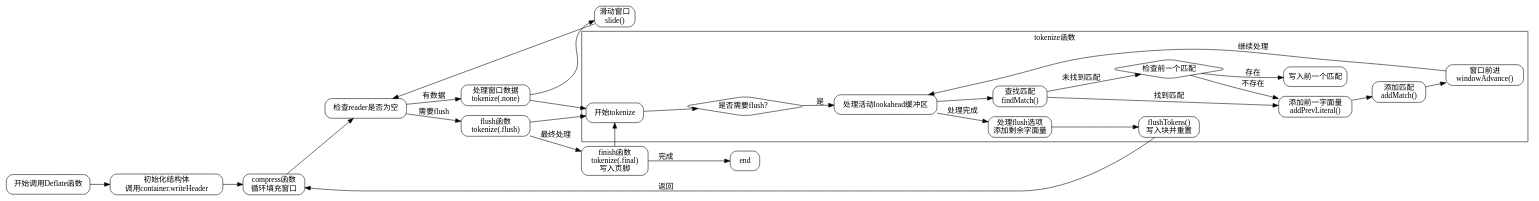
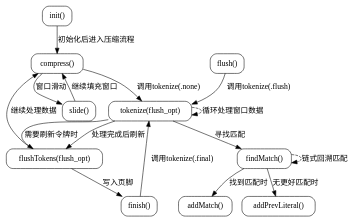
The diagram in dot_std/compress/flate/deflate.zig.Deflate.md (sdzx-1/deepseek-zig-reader), drawn with Graphviz before and after one commit. The commit also changed other lines of this file and 236 other files, not shown here.

````diff
--- a/dot_std/compress/flate/deflate.zig.Deflate.md
+++ b/dot_std/compress/flate/deflate.zig.Deflate.md
@@ -17,61 +22,37 @@
-```dot
+```graphviz
 digraph DeflateFlow {
-    rankdir=LR;
-    node [shape=rectangle, style=rounded];
+    rankdir="TB";
+    node [shape=rectangle, style="rounded"];
 
-    start [label="开始调用Deflate函数"];
-    init [label="初始化结构体\n调用container.writeHeader"];
-    compress [label="compress函数\n循环填充窗口"];
-    process_window [label="处理窗口数据\ntokenize(.none)"];
-    slide_window [label="滑动窗口\nslide()"];
-    check_reader [label="检查reader是否为空"];
-    flush [label="flush函数\ntokenize(.flush)"];
-    finish [label="finish函数\ntokenize(.final)\n写入页脚"];
+    // Main functions and processes
+    compress [label="compress()"];
+    tokenize [label="tokenize(flush_opt)"];
+    flushTokens [label="flushTokens(flush_opt)"];
+    findMatch [label="findMatch()"];
+    addMatch [label="addMatch()"];
+    addPrevLiteral [label="addPrevLiteral()"];
+    slide [label="slide()"];
+    flush [label="flush()"];
+    finish [label="finish()"];
+    init [label="init()"];
 
-    // Tokenize子流程
-    subgraph cluster_tokenize {
-        label="tokenize函数";
-        tokenize_start [label="开始tokenize"];
-        check_flush [label="是否需要flush？", shape=diamond];
-        process_lookahead [label="处理活动lookahead缓冲区"];
-        find_match [label="查找匹配\nfindMatch()"];
-        add_prev_literal [label="添加前一字面量\naddPrevLiteral()"];
-        add_match [label="添加匹配\naddMatch()"];
-        window_advance [label="窗口前进\nwindowAdvance()"];
-        handle_flush [label="处理flush选项\n添加剩余字面量"];
+    // Edges
+    init -> compress [label="初始化后进入压缩流程"];
+    compress -> tokenize [label="调用tokenize(.none)"];
+    tokenize -> findMatch [label="寻找匹配"];
+    findMatch -> addMatch [label="找到匹配时"];
+    findMatch -> addPrevLiteral [label="无更好匹配时"];
+    tokenize -> flushTokens [label="需要刷新令牌时"];
+    flushTokens -> compress [label="继续处理数据"];
+    compress -> slide [label="窗口滑动"];
+    slide -> compress [label="继续填充窗口"];
+    flush -> tokenize [label="调用tokenize(.flush)"];
+    finish -> tokenize [label="调用tokenize(.final)"];
+    tokenize -> flushTokens [label="处理完成后刷新"];
+    flushTokens -> finish [label="写入页脚"];
 
-        tokenize_start -> check_flush;
-        check_flush -> process_lookahead [label="是"];
-        process_lookahead -> find_match;
-        find_match -> add_prev_literal [label="找到匹配"];
-        add_prev_literal -> add_match;
-        add_match -> window_advance;
-        find_match -> check_prev [label="未找到匹配"];
-        check_prev [label="检查前一个匹配", shape=diamond];
-        check_prev -> write_prev_match [label="存在"];
-        check_prev -> add_prev_literal [label="不存在"];
-        write_prev_match [label="写入前一个匹配"];
-        window_advance -> process_lookahead [label="继续处理"];
-        process_lookahead -> handle_flush [label="处理完成"];
-        handle_flush -> flush_tokens;
-        flush_tokens [label="flushTokens()\n写入块并重置"];
-    }
-
-    // 主流程
-    start -> init;
-    init -> compress;
-    compress -> check_reader;
-    check_reader -> process_window [label="有数据"];
-    process_window -> slide_window;
-    slide_window -> check_reader;
-    check_reader -> flush [label="需要flush"];
-    flush -> finish [label="最终处理"];
-    finish -> end [label="完成"];
-
-    // 跨集群连接
-    process_window -> tokenize_start [ltail=process_window];
-    flush -> tokenize_start [ltail=flush];
-    finish -> tokenize_start [ltail=finish];
-    flush_tokens -> compress [label="返回"];
+    // Conditionals and loops (simplified)
+    tokenize -> tokenize [label="循环处理窗口数据" style=dashed];
+    findMatch -> findMatch [label="链式回溯匹配" style=dashed];
 }
 ```
````
